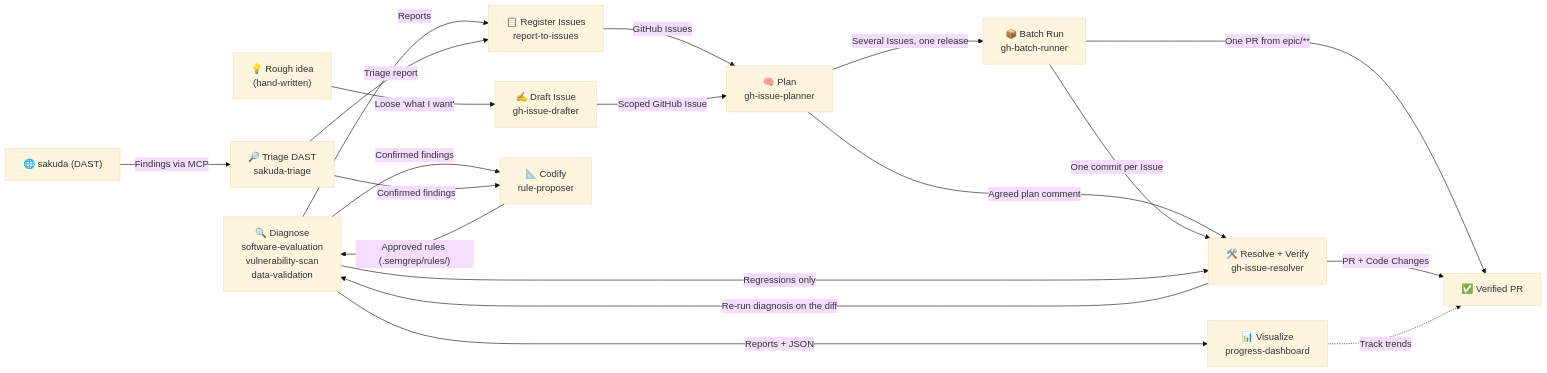
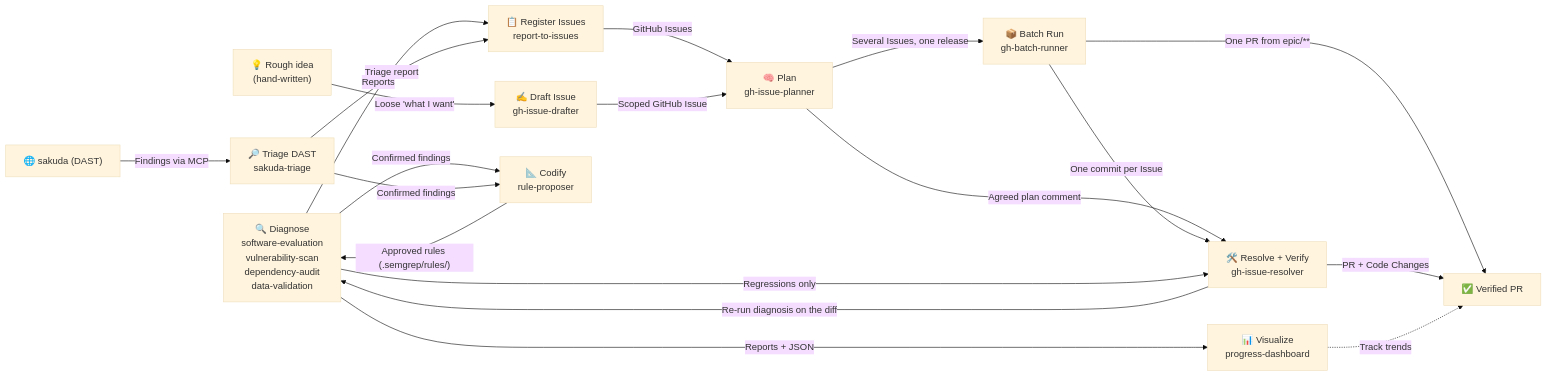
Before and after one commit to northraystudio/maruda: the diagram in README.md, drawn with Mermaid (base theme). The commit also changed other lines of this file and 9 other files, not shown here.

First line of the commit message:
feat(#40): split the dependency audit out of vulnerability-scan into dependency-audit

````diff
--- a/README.md
+++ b/README.md
@@ -94,31 +95,31 @@
 ```mermaid
 graph LR
-    Diagnose["🔍 Diagnose<br/>software-evaluation<br/>vulnerability-scan<br/>data-validation"]
+    Diagnose["🔍 Diagnose<br/>software-evaluation<br/>vulnerability-scan<br/>dependency-audit<br/>data-validation"]
     Visualize["📊 Visualize<br/>progress-dashboard"]
     Register["📋 Register Issues<br/>report-to-issues"]
     Draft["✍️ Draft Issue<br/>gh-issue-drafter"]
     Plan["🧠 Plan<br/>gh-issue-planner"]
     Resolve["🛠️ Resolve + Verify<br/>gh-issue-resolver"]
     Batch["📦 Batch Run<br/>gh-batch-runner"]
     Rules["📐 Codify<br/>rule-proposer"]
     Triage["🔎 Triage DAST<br/>sakuda-triage"]
 
     Idea["💡 Rough idea<br/>(hand-written)"] -- "Loose 'what I want'" --> Draft
     Diagnose -- "Reports + JSON" --> Visualize
     Diagnose -- "Reports" --> Register
     Diagnose -- "Confirmed findings" --> Rules
     Rules -- "Approved rules (.semgrep/rules/)" --> Diagnose
     Sakuda["🌐 sakuda (DAST)"] -- "Findings via MCP" --> Triage
     Triage -- "Triage report" --> Register
     Triage -- "Confirmed findings" --> Rules
     Register -- "GitHub Issues" --> Plan
     Draft -- "Scoped GitHub Issue" --> Plan
     Plan -- "Agreed plan comment" --> Resolve
     Plan -- "Several Issues, one release" --> Batch
     Batch -- "One commit per Issue" --> Resolve
     Batch -- "One PR from epic/**" --> Done
     Resolve -- "Re-run diagnosis on the diff" --> Diagnose
     Diagnose -- "Regressions only" --> Resolve
     Resolve -- "PR + Code Changes" --> Done["✅ Verified PR"]
     Visualize -. "Track trends" .-> Done
 ```
````
